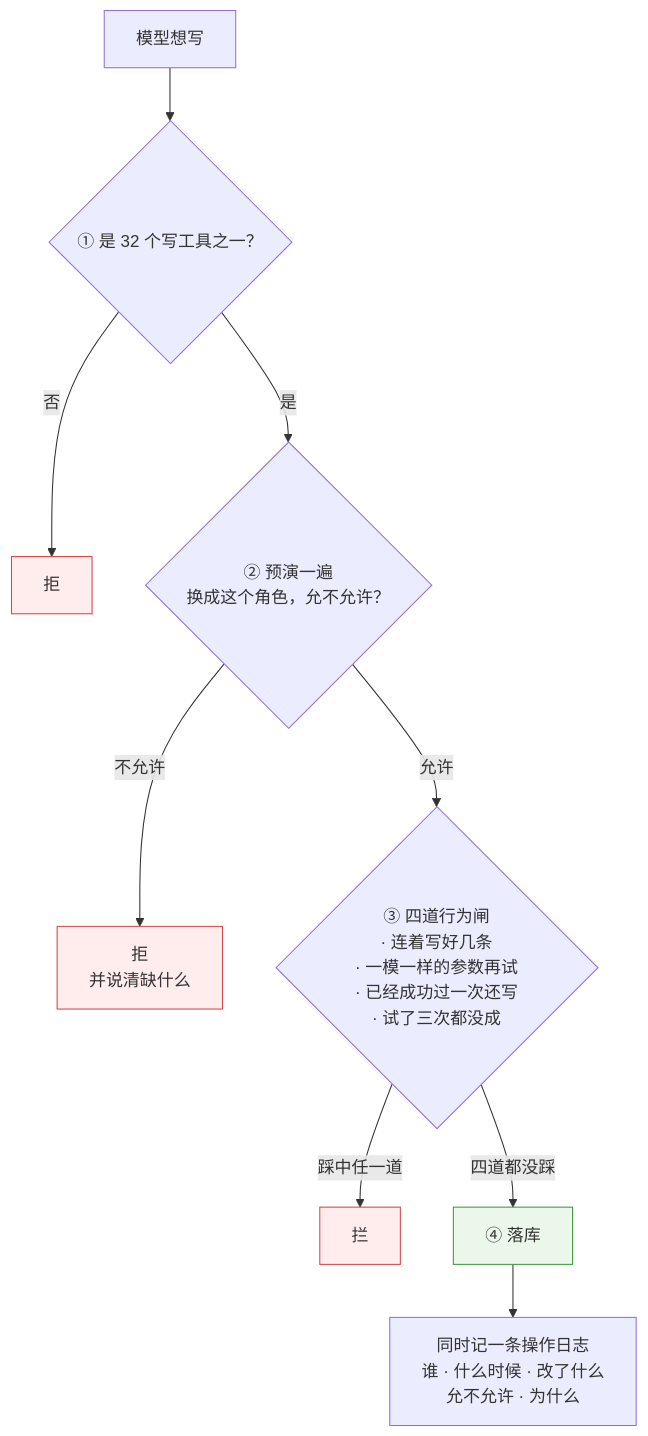
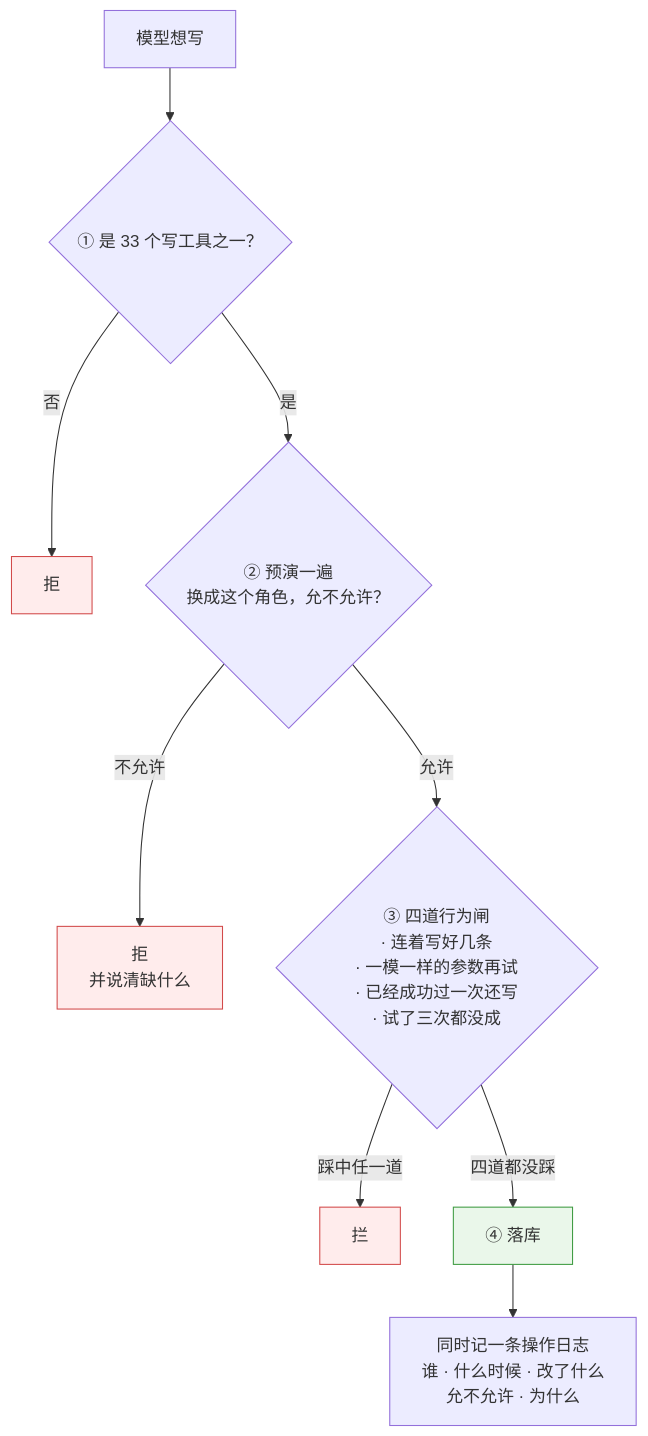
The second of 3 diagrams in 澜绣云裳agent-产品说明.md (843773296-rgb/lanxiu-yunshang-agent), drawn with Mermaid before and after one commit. The commit also changed other lines of this file and 21 other files, not shown here.

````diff
--- a/澜绣云裳agent-产品说明.md
+++ b/澜绣云裳agent-产品说明.md
@@ -319,16 +321,16 @@
 ```mermaid
 flowchart TD
-    A["模型想写"] --> B{"① 是 32 个写工具之一？"}
+    A["模型想写"] --> B{"① 是 33 个写工具之一？"}
     B -- 否 --> X1["拒"]
     B -- 是 --> C{"② 预演一遍<br/>换成这个角色，允不允许？"}
     C -- 不允许 --> X2["拒<br/>并说清缺什么"]
     C -- 允许 --> D{"③ 四道行为闸<br/>· 连着写好几条<br/>· 一模一样的参数再试<br/>· 已经成功过一次还写<br/>· 试了三次都没成"}
     D -- "踩中任一道" --> X3["拦"]
     D -- "四道都没踩" --> E["④ 落库"]
     E --> F["同时记一条操作日志<br/>谁 · 什么时候 · 改了什么<br/>允不允许 · 为什么"]
 
     style X1 fill:#ffecec,stroke:#d24a4a
     style X2 fill:#ffecec,stroke:#d24a4a
     style X3 fill:#ffecec,stroke:#d24a4a
     style E fill:#eaf7ea,stroke:#3f9c42
 ```
````
